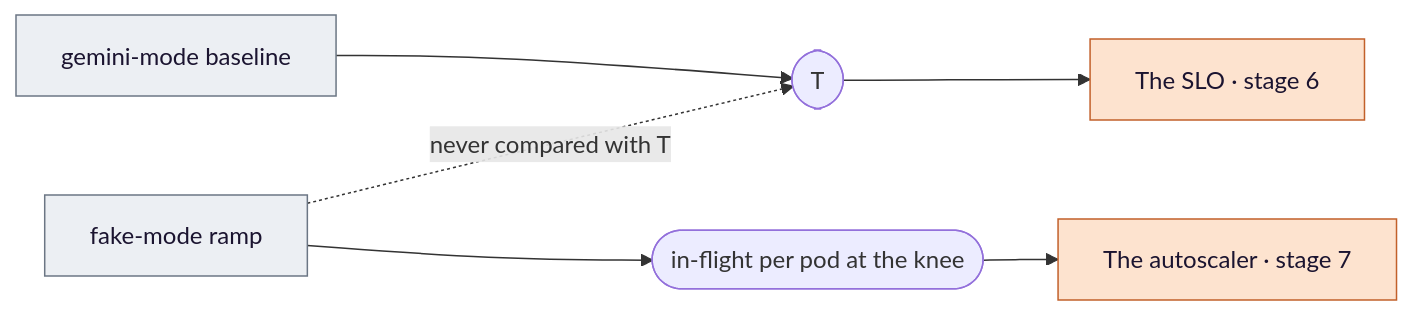
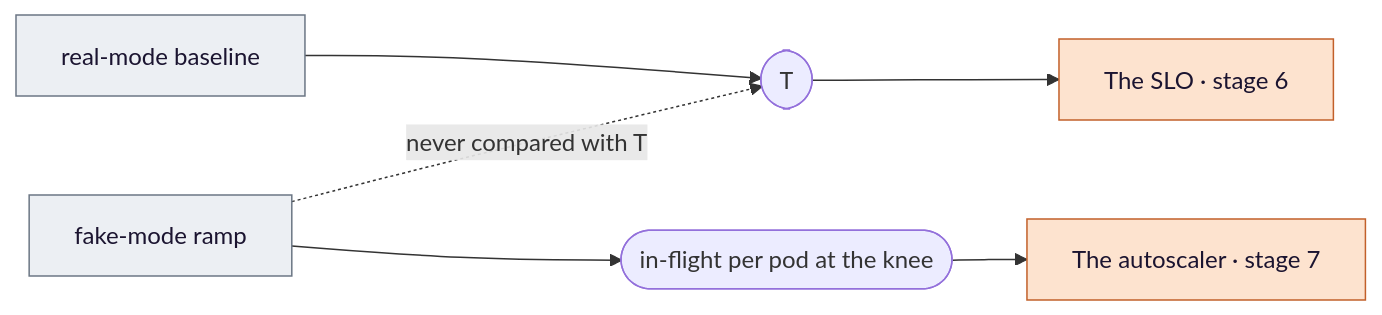
The third of 3 diagrams in docs/4-load/README.md (biabeogo147/Anime-Recommender), drawn with Mermaid before and after one commit. The commit also changed other lines of this file and 30 other files, not shown here.

````diff
--- a/docs/4-load/README.md
+++ b/docs/4-load/README.md
@@ -127,11 +127,11 @@
 ```mermaid
 flowchart LR
-    GEM["gemini-mode baseline"] --> T(["T"]) --> SLO["The SLO · stage 6"]
+    GEM["real-mode baseline"] --> T(["T"]) --> SLO["The SLO · stage 6"]
     FAKE["fake-mode ramp"] --> KNEE(["in-flight per pod at the knee"]) --> KEDA["The autoscaler · stage 7"]
     FAKE -.->|"never compared with T"| T
 
     classDef argo fill:#fde3cf,stroke:#c2602a,color:#1b1430;
     classDef ext fill:#eceff3,stroke:#6b7684,color:#1b1430;
     class SLO,KEDA argo
     class GEM,FAKE ext
 ```
````
